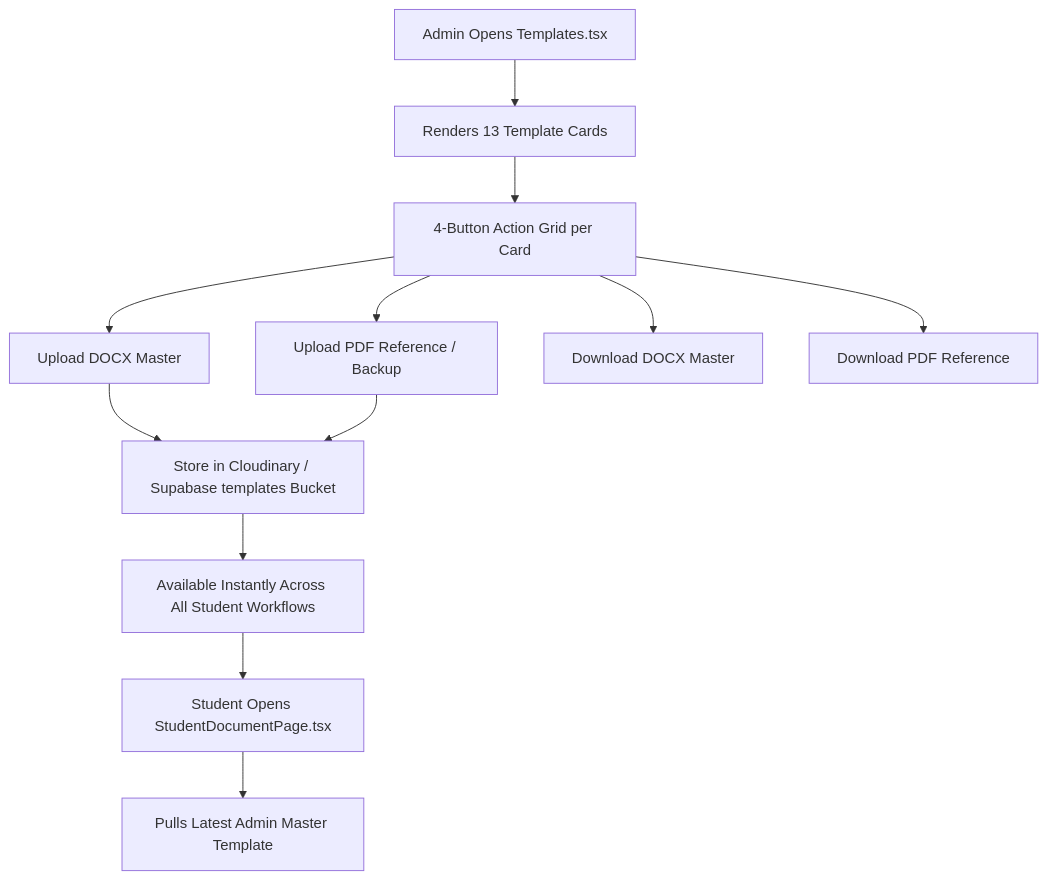
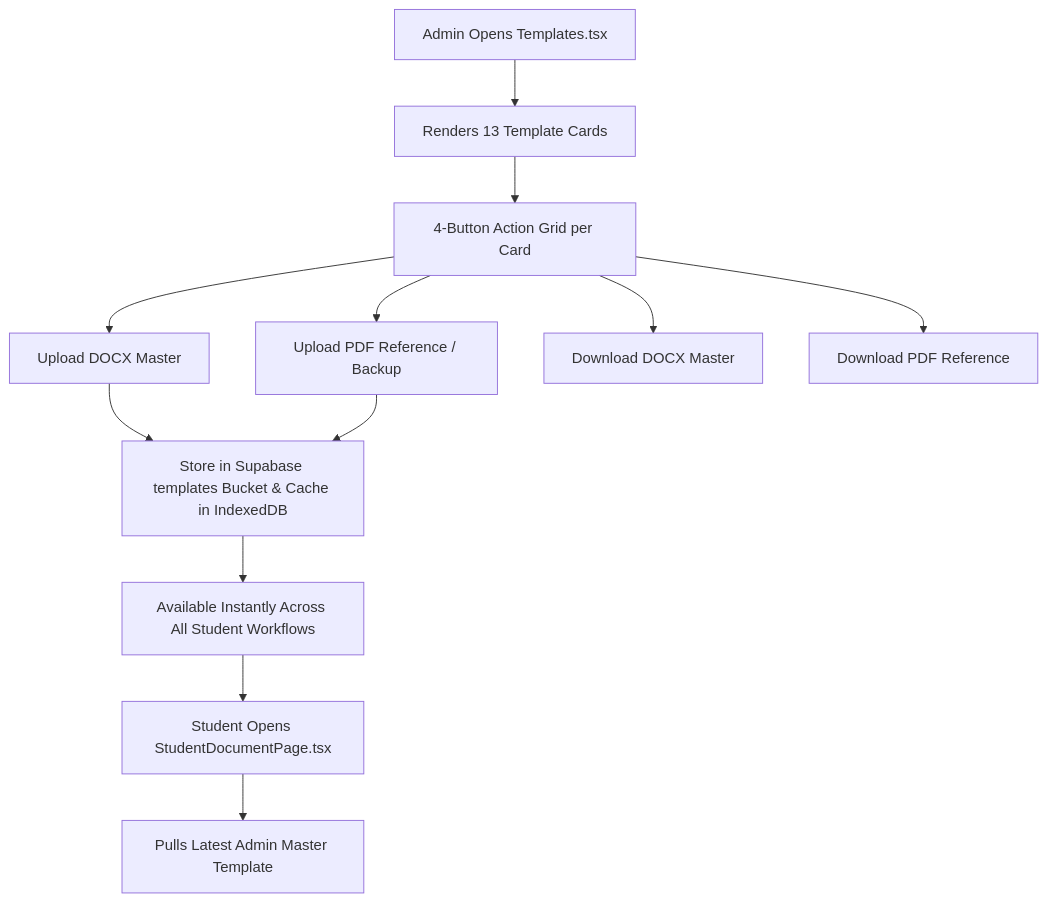
One commit to s5condlast-cmd/Capstone-2-Official-CloudHosting changed the diagram in docs/features/06_ADMIN_MANAGEMENT.md. Above: the diagram before and after it, drawn with Mermaid. The commit also changed other lines of this file and 45 other files, not shown here.

````diff
--- a/docs/features/06_ADMIN_MANAGEMENT.md
+++ b/docs/features/06_ADMIN_MANAGEMENT.md
@@ -38,14 +21,14 @@
 ```mermaid
 graph TD
     A[Admin Opens Templates.tsx] --> B[Renders 13 Template Cards]
     B --> C[4-Button Action Grid per Card]
     C --> D[Upload DOCX Master]
     C --> E[Upload PDF Reference / Backup]
     C --> F[Download DOCX Master]
     C --> G[Download PDF Reference]
-    D --> H[Store in Cloudinary / Supabase templates Bucket]
+    D --> H[Store in Supabase templates Bucket & Cache in IndexedDB]
     E --> H
     H --> I[Available Instantly Across All Student Workflows]
     I --> J[Student Opens StudentDocumentPage.tsx]
     J --> K[Pulls Latest Admin Master Template]
 ```
````
